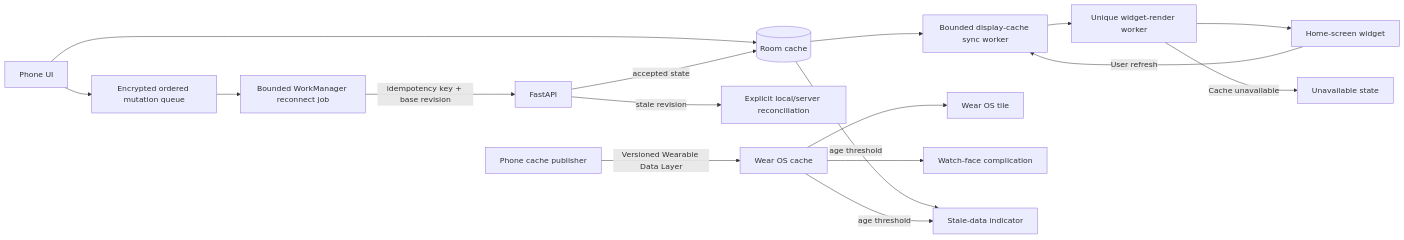
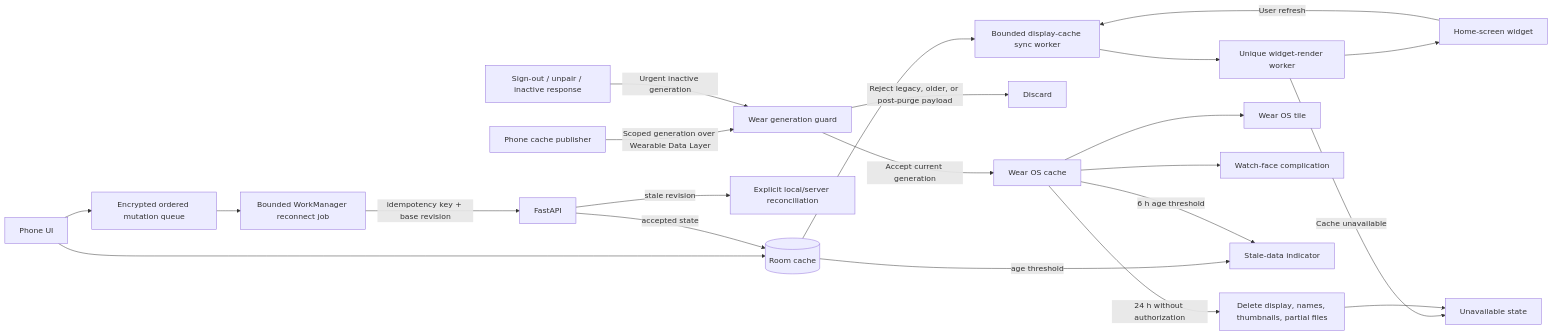
One commit to Captainpax/littleorbit changed diagram 15 of 20 in docs/NETWORK-FLOW.md. Above: the diagram before and after it, drawn with Mermaid. The commit also changed other lines of this file and 341 other files, not shown here.

````diff
--- a/docs/NETWORK-FLOW.md
+++ b/docs/NETWORK-FLOW.md
@@ -356,19 +409,24 @@
 ```mermaid
 flowchart LR
     UI[Phone UI] --> Room[(Room cache)]
     UI --> Queue[Encrypted ordered mutation queue]
     Queue --> Work[Bounded WorkManager reconnect job]
     Work -->|idempotency key + base revision| API[FastAPI]
     API -->|accepted state| Room
     API -->|stale revision| Conflict[Explicit local/server reconciliation]
-    Phone[Phone cache publisher] -->|Versioned Wearable Data Layer| Watch[Wear OS cache]
+    Phone[Phone cache publisher] -->|Scoped generation over Wearable Data Layer| Guard[Wear generation guard]
+    Purge[Sign-out / unpair / inactive response] -->|Urgent inactive generation| Guard
+    Guard -->|Accept current generation| Watch[Wear OS cache]
+    Guard -->|Reject legacy, older, or post-purge payload| Drop[Discard]
+    Watch -->|24 h without authorization| Delete[Delete display, names, thumbnails, partial files]
     Room --> Sync[Bounded display-cache sync worker]
     Sync --> Render[Unique widget-render worker]
     Render --> Widget[Home-screen widget]
     Widget -->|User refresh| Sync
     Render -->|Cache unavailable| Unavailable[Unavailable state]
     Watch --> Tile[Wear OS tile]
     Watch --> Complication[Watch-face complication]
     Room -->|age threshold| Stale[Stale-data indicator]
-    Watch -->|age threshold| Stale
+    Watch -->|6 h age threshold| Stale
+    Delete --> Unavailable
 ```
````
